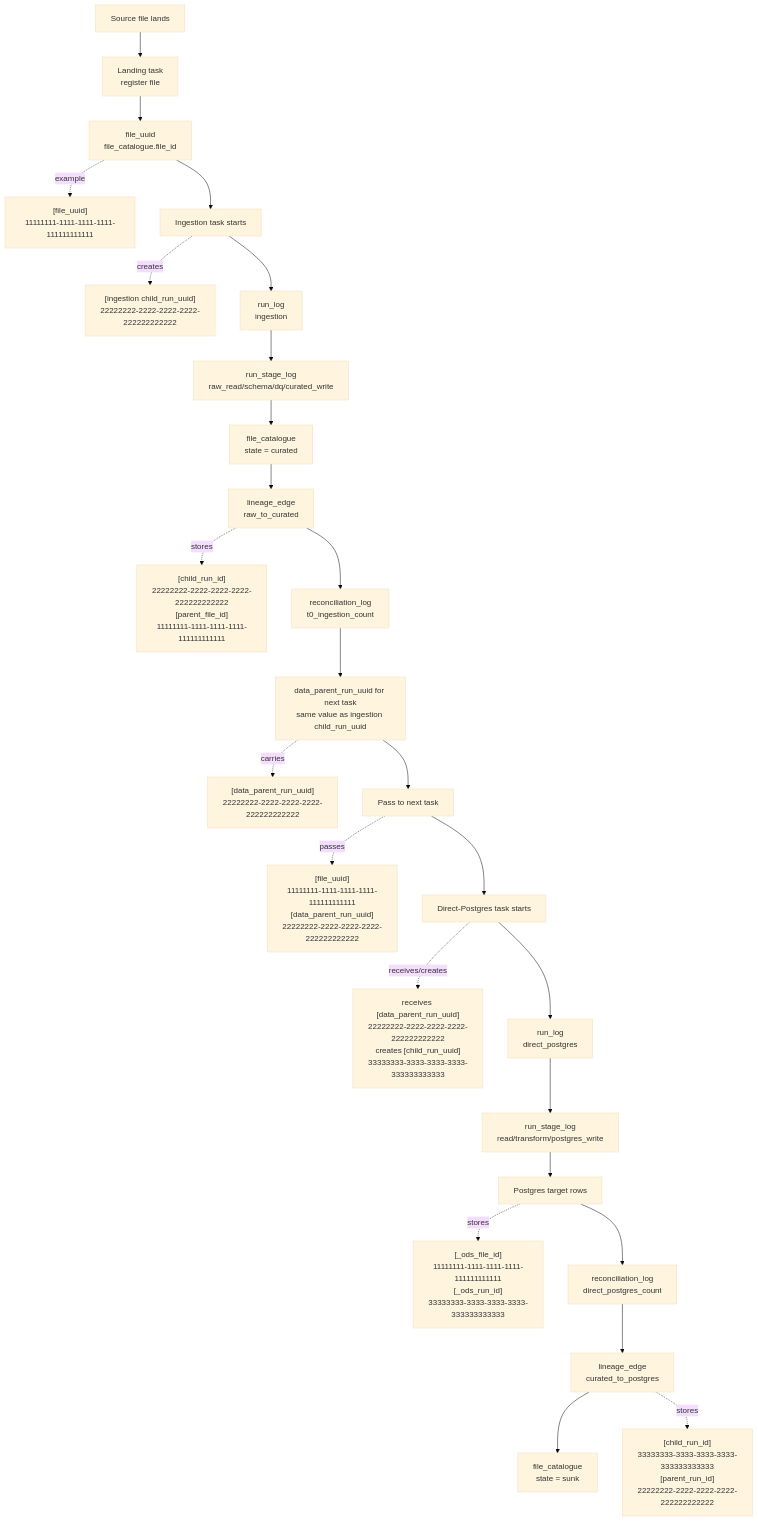
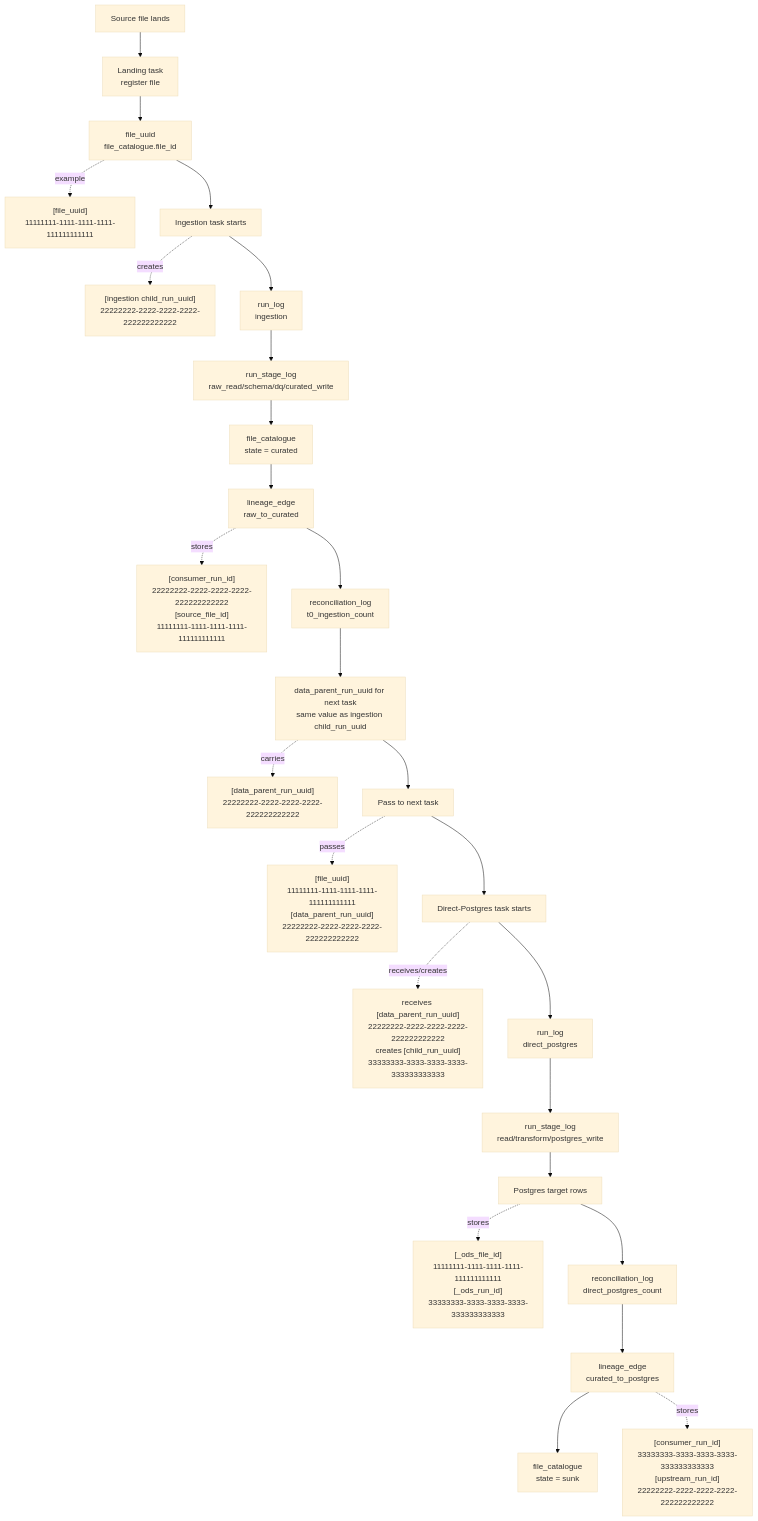
The first of 2 diagrams in docs/dev-guides/direct-postgres-control-table-quickstart.md (holdersav20001/ods), drawn with Mermaid (base theme) before and after one commit. The commit also changed other lines of this file and 67 other files, not shown here.

````diff
--- a/docs/dev-guides/direct-postgres-control-table-quickstart.md
+++ b/docs/dev-guides/direct-postgres-control-table-quickstart.md
@@ -542,45 +542,45 @@
 ```mermaid
 flowchart TD
     A["Source file lands"]
     B["Landing task\nregister file"]
     C["file_uuid\nfile_catalogue.file_id"]
     C_ID["[file_uuid]\n11111111-1111-1111-1111-111111111111"]
 
     D["Ingestion task starts"]
     D_ID["[ingestion child_run_uuid]\n22222222-2222-2222-2222-222222222222"]
     E["run_log\ningestion"]
     F["run_stage_log\nraw_read/schema/dq/curated_write"]
     G["file_catalogue\nstate = curated"]
     H["lineage_edge\nraw_to_curated"]
-    H_ID["[child_run_id]\n22222222-2222-2222-2222-222222222222\n[parent_file_id]\n11111111-1111-1111-1111-111111111111"]
+    H_ID["[consumer_run_id]\n22222222-2222-2222-2222-222222222222\n[source_file_id]\n11111111-1111-1111-1111-111111111111"]
     I["reconciliation_log\nt0_ingestion_count"]
 
     PR["data_parent_run_uuid for next task\nsame value as ingestion child_run_uuid"]
     PR_ID["[data_parent_run_uuid]\n22222222-2222-2222-2222-222222222222"]
     J["Pass to next task"]
     J_ID["[file_uuid]\n11111111-1111-1111-1111-111111111111\n[data_parent_run_uuid]\n22222222-2222-2222-2222-222222222222"]
     K["Direct-Postgres task starts"]
     K_ID["receives [data_parent_run_uuid]\n22222222-2222-2222-2222-222222222222\ncreates [child_run_uuid]\n33333333-3333-3333-3333-333333333333"]
     L["run_log\ndirect_postgres"]
     M["run_stage_log\nread/transform/postgres_write"]
     N["Postgres target rows"]
     N_ID["[_ods_file_id]\n11111111-1111-1111-1111-111111111111\n[_ods_run_id]\n33333333-3333-3333-3333-333333333333"]
     O["reconciliation_log\ndirect_postgres_count"]
     P["lineage_edge\ncurated_to_postgres"]
-    P_ID["[child_run_id]\n33333333-3333-3333-3333-333333333333\n[parent_run_id]\n22222222-2222-2222-2222-222222222222"]
+    P_ID["[consumer_run_id]\n33333333-3333-3333-3333-333333333333\n[upstream_run_id]\n22222222-2222-2222-2222-222222222222"]
     Q["file_catalogue\nstate = sunk"]
 
     A --> B --> C
     C --> D --> E --> F --> G --> H --> I
     I --> PR --> J
     J --> K --> L --> M --> N --> O --> P --> Q
 
     C -. example .-> C_ID
     D -. creates .-> D_ID
     H -. stores .-> H_ID
     PR -. carries .-> PR_ID
     J -. passes .-> J_ID
     K -. receives/creates .-> K_ID
     N -. stores .-> N_ID
     P -. stores .-> P_ID
 ```
````
